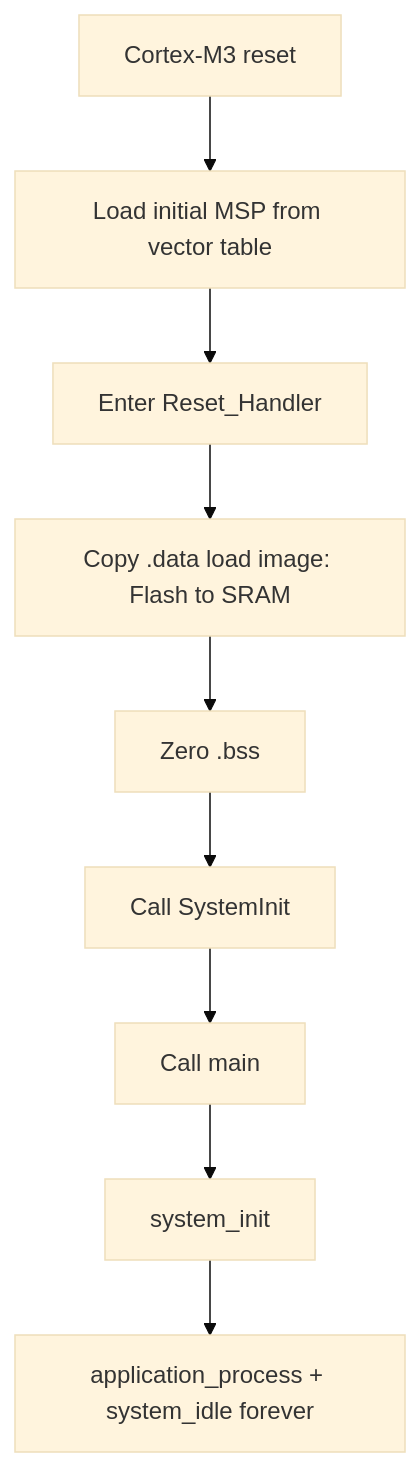
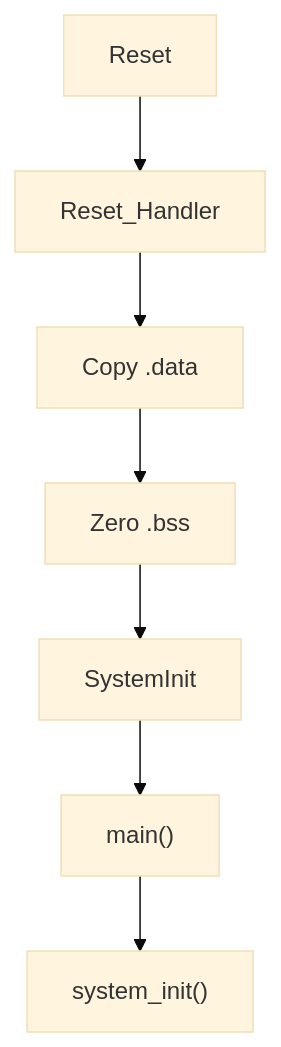
One commit to haikevins/stm32f1-spl-procedural-baremetal changed the second of 2 diagrams in README.md. Above: the diagram before and after it, drawn with Mermaid (base theme). The commit also changed other lines of this file, not shown here.

````diff
--- a/README.md
+++ b/README.md
@@ -129,11 +112,9 @@
 ```mermaid
-flowchart TD
-    RESET["Cortex-M3 reset"] --> MSP["Load initial MSP from vector table"]
-    MSP --> RH["Enter Reset_Handler"]
-    RH --> DATA["Copy .data load image: Flash to SRAM"]
+flowchart TB
+    RESET["Reset"] --> RH["Reset_Handler"]
+    RH --> DATA["Copy .data"]
     DATA --> BSS["Zero .bss"]
-    BSS --> SI["Call SystemInit"]
-    SI --> MAIN["Call main"]
-    MAIN --> INIT["system_init"]
-    INIT --> LOOP["application_process + system_idle forever"]
+    BSS --> CLOCK["SystemInit"]
+    CLOCK --> MAIN["main()"]
+    MAIN --> INIT["system_init()"]
 ```
````
